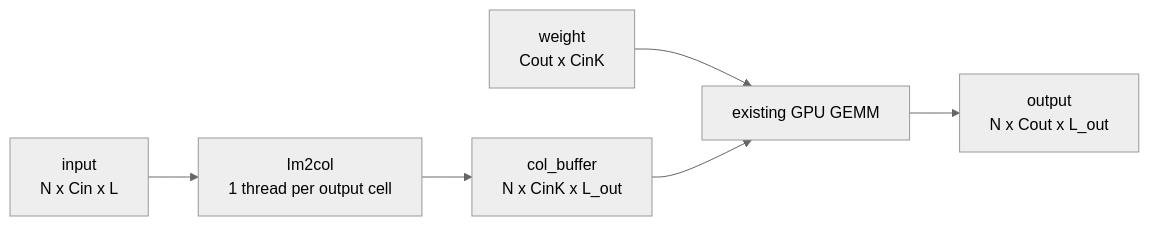
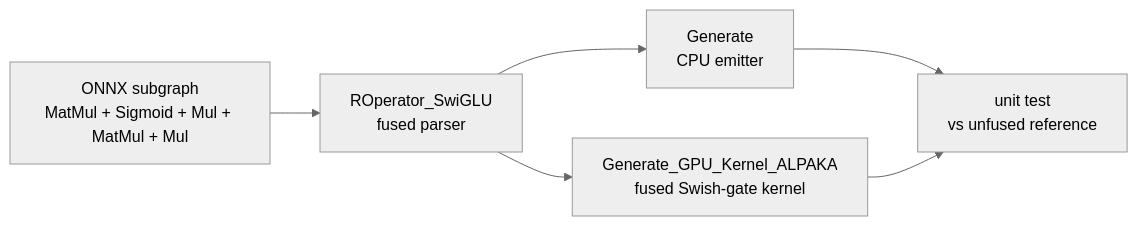
The fifth of 5 diagrams in operators.md (Mmadan128/SOFIE-GSoC-26), drawn with Mermaid (neutral theme) before and after one commit. The commit also changed other lines of this file, not shown here.

````diff
--- a/operators.md
+++ b/operators.md
@@ -270,8 +423,8 @@
 ```mermaid
 flowchart LR
-    A[input\nN x Cin x L] --> B[Im2col\n1 thread per output cell]
-    B --> C[col_buffer\nN x CinK x L_out]
-    D[weight\nCout x CinK] --> E
-    C --> E[existing GPU GEMM]
-    E --> F[output\nN x Cout x L_out]
+    A[ONNX subgraph\nMatMul + Sigmoid + Mul + MatMul + Mul] --> B[ROperator_SwiGLU\nfused parser]
+    B --> C[Generate\nCPU emitter]
+    B --> D[Generate_GPU_Kernel_ALPAKA\nfused Swish-gate kernel]
+    C --> E[unit test\nvs unfused reference]
+    D --> E
 ```
````
